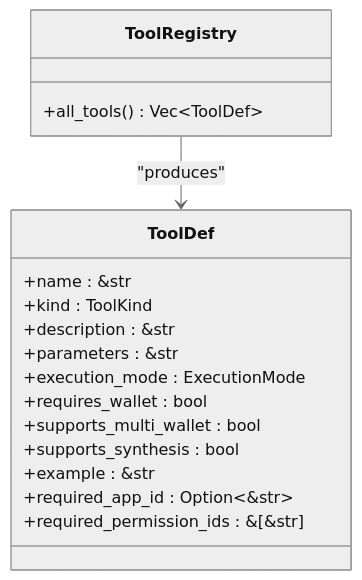
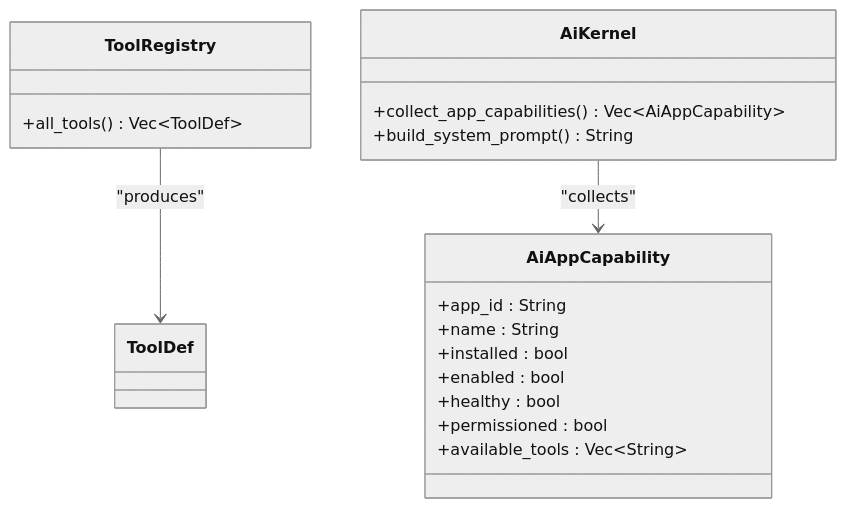
The seventh of 12 diagrams in .qoder/repowiki/en/content/Backend Services Architecture/Service Layer Overview.md (sanketnighot/shadow-protocol), drawn with Mermaid (neutral theme) before and after one commit. The commit also changed other lines of this file and 9 other files, not shown here.

First line of the commit message:
feat: Enhance SHADOW Protocol with new Flow and AI services integration

````diff
--- a/.qoder/repowiki/en/content/Backend Services Architecture/Service Layer Overview.md
+++ b/.qoder/repowiki/en/content/Backend Services Architecture/Service Layer Overview.md
@@ -224,20 +336,21 @@
 ```mermaid
 classDiagram
 class ToolRegistry {
 +all_tools() Vec~ToolDef~
 }
-class ToolDef {
-+name : &str
-+kind : ToolKind
-+description : &str
-+parameters : &str
-+execution_mode : ExecutionMode
-+requires_wallet : bool
-+supports_multi_wallet : bool
-+supports_synthesis : bool
-+example : &str
-+required_app_id : Option~&str~
-+required_permission_ids : &[&str]
+class AiKernel {
++collect_app_capabilities() Vec~AiAppCapability~
++build_system_prompt() String
+}
+class AiAppCapability {
++app_id : String
++name : String
++installed : bool
++enabled : bool
++healthy : bool
++permissioned : bool
++available_tools : Vec~String~
 }
 ToolRegistry --> ToolDef : "produces"
+AiKernel --> AiAppCapability : "collects"
 ```
````
